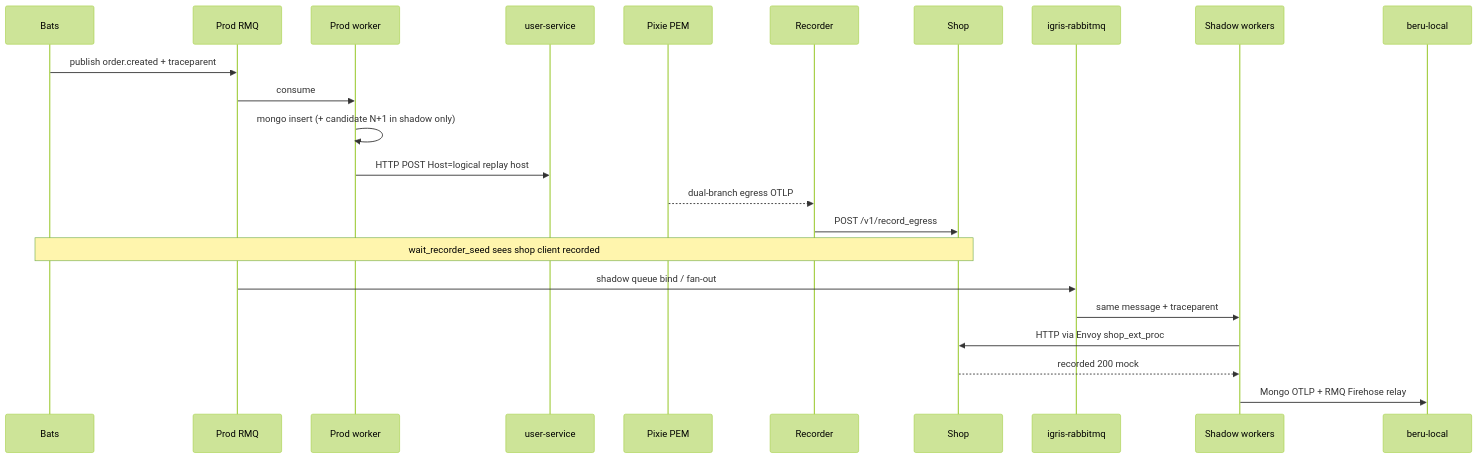
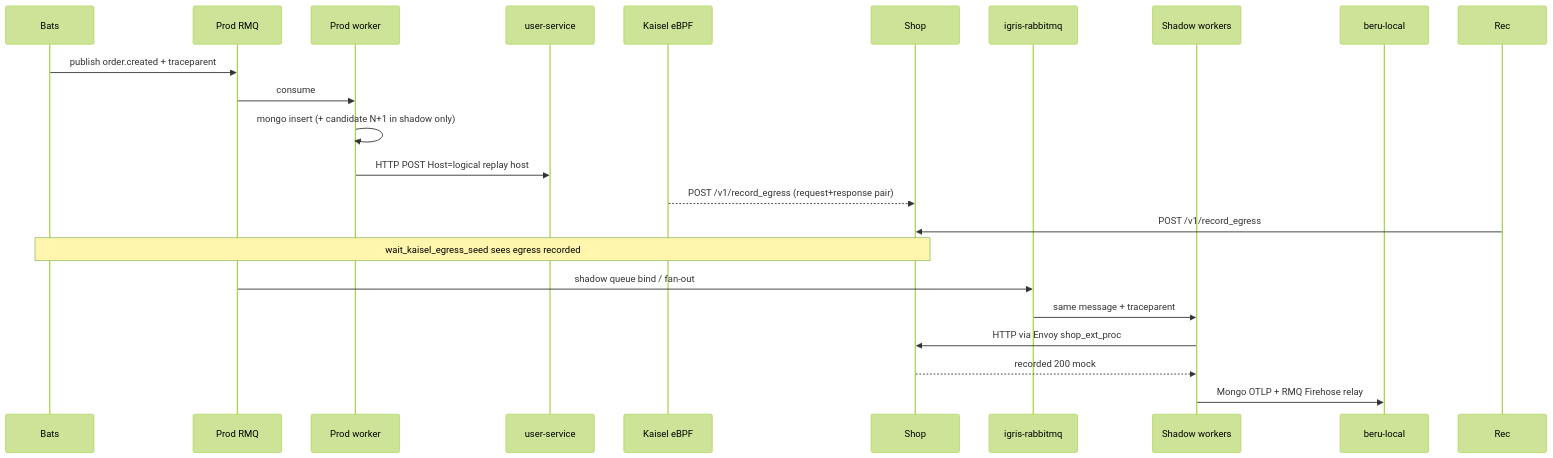
The second of 2 diagrams in docs/verification/hybrid-rmq-e2e-flow.md (nederrgo/shadow-diff), drawn with Mermaid (forest theme) before and after one commit. The commit also changed other lines of this file and 135 other files, not shown here.

````diff
--- a/docs/verification/hybrid-rmq-e2e-flow.md
+++ b/docs/verification/hybrid-rmq-e2e-flow.md
@@ -69,27 +67,26 @@
 ```mermaid
 sequenceDiagram
   participant Test as Bats
   participant ProdRMQ as Prod RMQ
   participant ProdW as Prod worker
   participant User as user-service
-  participant Pixie as Pixie PEM
-  participant Rec as Recorder
+  participant Kaisel as Kaisel eBPF
   participant Shop as Shop
   participant Igris as igris-rabbitmq
   participant Shadow as Shadow workers
   participant Beru as beru-local
 
   Test->>ProdRMQ: publish order.created + traceparent
   ProdRMQ->>ProdW: consume
   ProdW->>ProdW: mongo insert (+ candidate N+1 in shadow only)
   ProdW->>User: HTTP POST Host=logical replay host
-  Pixie-->>Rec: dual-branch egress OTLP
+  Kaisel-->>Shop: POST /v1/record_egress (request+response pair)
   Rec->>Shop: POST /v1/record_egress
-  Note over Test,Shop: wait_recorder_seed sees shop client recorded
+  Note over Test,Shop: wait_kaisel_egress_seed sees egress recorded
 
   ProdRMQ->>Igris: shadow queue bind / fan-out
   Igris->>Shadow: same message + traceparent
   Shadow->>Shop: HTTP via Envoy shop_ext_proc
   Shop-->>Shadow: recorded 200 mock
   Shadow->>Beru: Mongo OTLP + RMQ Firehose relay
 ```
````
